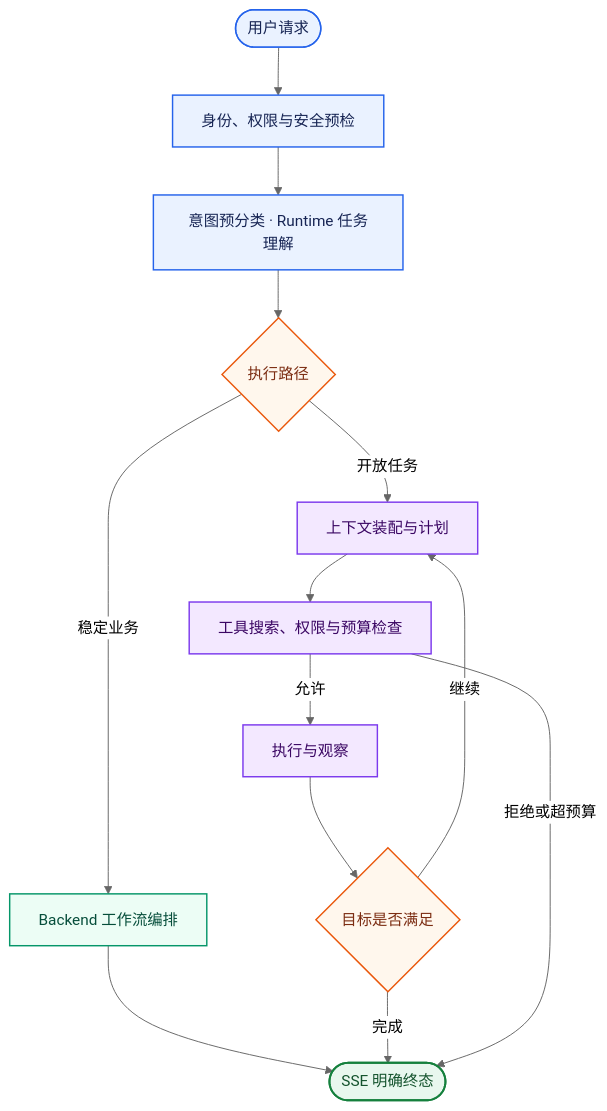
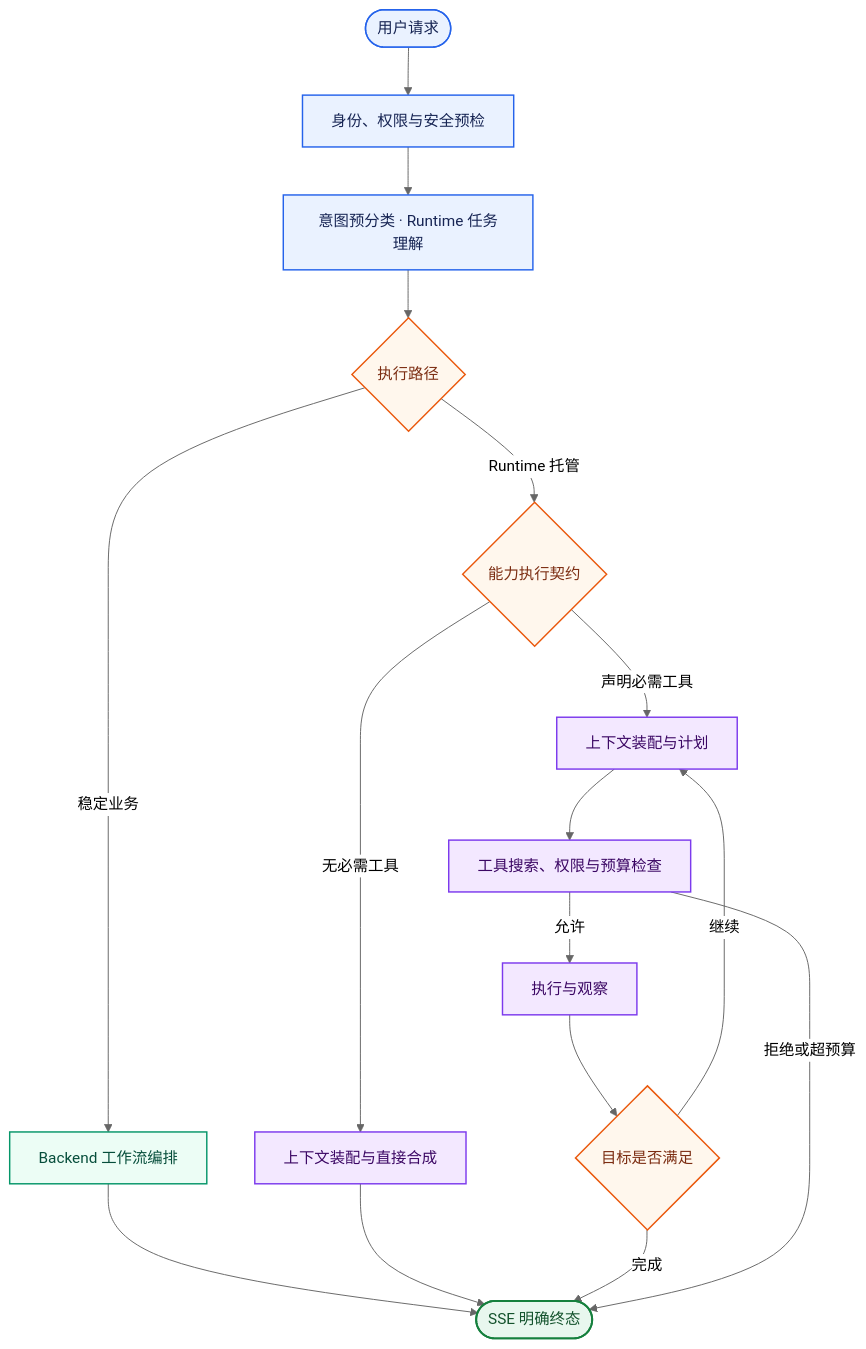
One commit to Logistic98/job-buddy changed the diagram in README.md. Above: the diagram before and after it, drawn with Mermaid (neutral theme). The commit also changed other lines of this file and 3 other files, not shown here.

````diff
--- a/README.md
+++ b/README.md
@@ -50,30 +52,33 @@
 ```mermaid
 graph TD
     ENTRY(["用户请求"]) --> PRECHECK["身份、权限与安全预检"]
     PRECHECK --> UNDERSTAND["意图预分类 · Runtime 任务理解"]
     UNDERSTAND --> ROUTE{"执行路径"}
 
     ROUTE -->|稳定业务| BUSINESS["Backend 工作流编排"]
-    ROUTE -->|开放任务| PLAN
+    ROUTE -->|Runtime 托管| CONTRACT{"能力执行契约"}
 
-    PLAN["上下文装配与计划"] --> GUARD["工具搜索、权限与预算检查"]
+    CONTRACT -->|声明必需工具| PLAN["上下文装配与计划"]
+    CONTRACT -->|无必需工具| DIRECT["上下文装配与直接合成"]
+    PLAN --> GUARD["工具搜索、权限与预算检查"]
     GUARD -->|允许| EXECUTE["执行与观察"]
     EXECUTE --> VERIFY{"目标是否满足"}
     VERIFY -->|继续| PLAN
 
     BUSINESS --> RESULT(["SSE 明确终态"])
+    DIRECT --> RESULT
     VERIFY -->|完成| RESULT
     GUARD -->|拒绝或超预算| RESULT
 
     classDef request fill:#EAF2FF,stroke:#2563EB,color:#172554,stroke-width:1.5px;
     classDef decision fill:#FFF7ED,stroke:#EA580C,color:#7C2D12,stroke-width:1.5px;
     classDef business fill:#ECFDF5,stroke:#059669,color:#064E3B,stroke-width:1.5px;
     classDef agent fill:#F3E8FF,stroke:#7C3AED,color:#3B0764,stroke-width:1.5px;
     classDef terminal fill:#E8F7EE,stroke:#15803D,color:#14532D,stroke-width:2px;
 
     class ENTRY,PRECHECK,UNDERSTAND request;
-    class ROUTE,VERIFY decision;
+    class ROUTE,CONTRACT,VERIFY decision;
     class BUSINESS business;
-    class PLAN,GUARD,EXECUTE agent;
+    class PLAN,DIRECT,GUARD,EXECUTE agent;
     class RESULT terminal;
 ```
````
